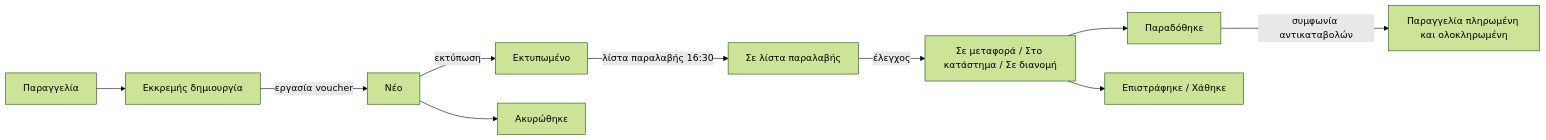
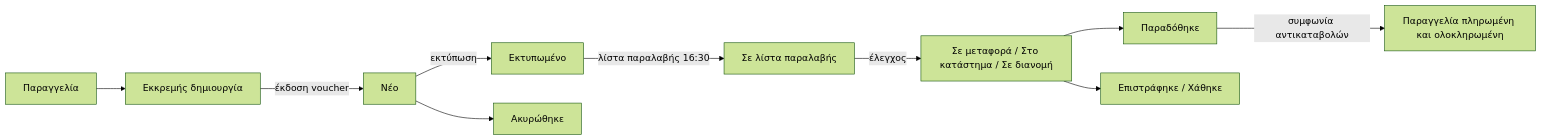
One commit to vasilistotskas/grooveshop-docs changed the diagram in src/el/admin/shipping/acs.md. Above: the diagram before and after it, drawn with Mermaid (forest theme). The commit also changed other lines of this file and 117 other files, not shown here.

````diff
--- a/src/el/admin/shipping/acs.md
+++ b/src/el/admin/shipping/acs.md
@@ -14,12 +14,12 @@
 ```mermaid
 flowchart LR
   A[Παραγγελία] --> B[Εκκρεμής δημιουργία]
-  B -->|εργασία voucher| C[Νέο]
+  B -->|έκδοση voucher| C[Νέο]
   C -->|εκτύπωση| D[Εκτυπωμένο]
   D -->|λίστα παραλαβής 16:30| E[Σε λίστα παραλαβής]
   E -->|έλεγχος| F[Σε μεταφορά / Στο κατάστημα / Σε διανομή]
   F --> G[Παραδόθηκε]
   F --> H[Επιστράφηκε / Χάθηκε]
   C --> I[Ακυρώθηκε]
   G -->|συμφωνία αντικαταβολών| J[Παραγγελία πληρωμένη και ολοκληρωμένη]
 ```
````
